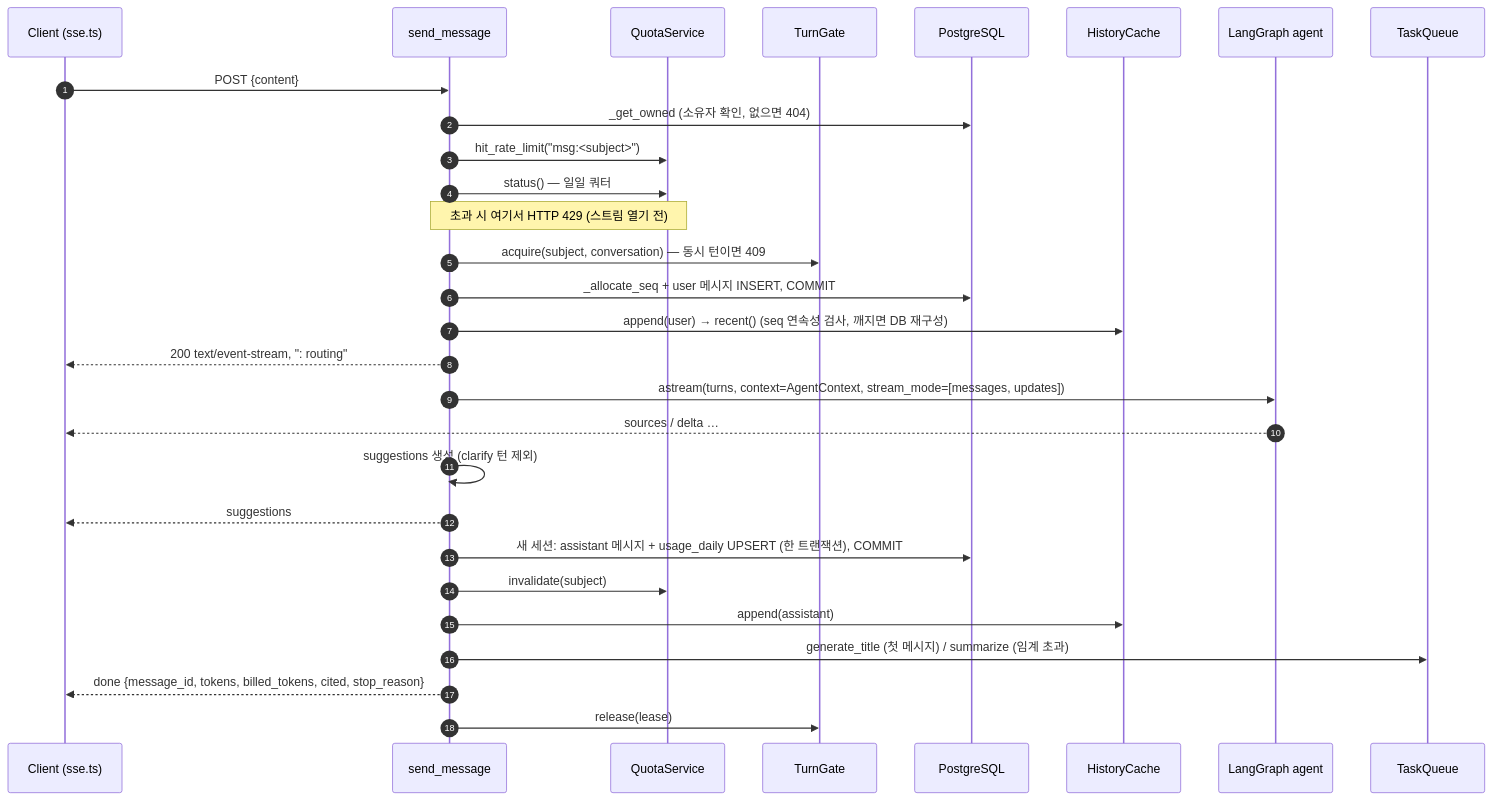
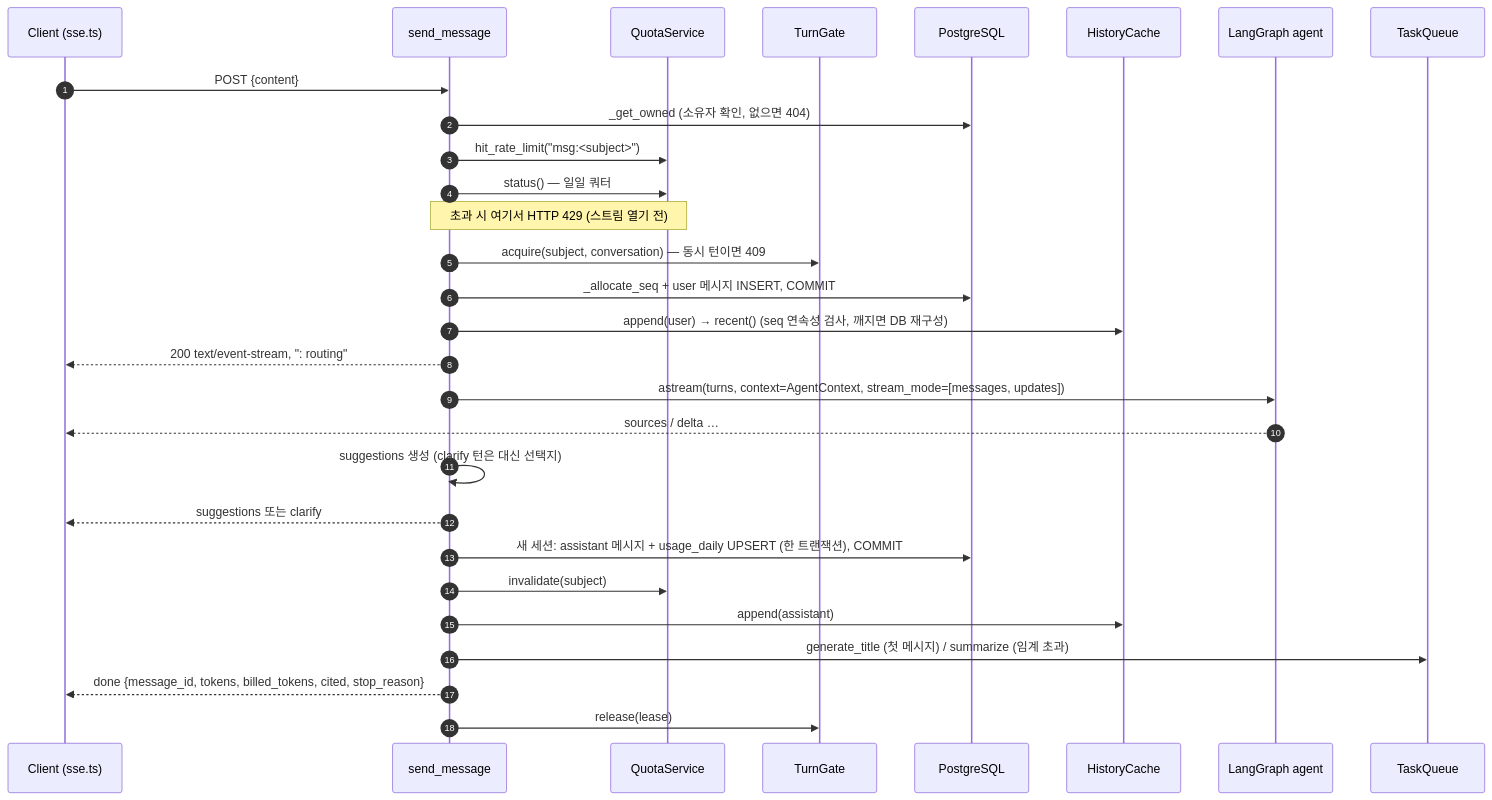
The third of 8 diagrams in ARCHITECTURE.md (Jake-tt/chatforge), drawn with Mermaid before and after one commit. The commit also changed other lines of this file and 9 other files, not shown here.

````diff
--- a/ARCHITECTURE.md
+++ b/ARCHITECTURE.md
@@ -186,32 +186,32 @@
 ```mermaid
 sequenceDiagram
   autonumber
   participant C as Client (sse.ts)
   participant R as send_message
   participant Q as QuotaService
   participant G as TurnGate
   participant DB as PostgreSQL
   participant H as HistoryCache
   participant A as LangGraph agent
   participant T as TaskQueue
 
   C->>R: POST {content}
   R->>DB: _get_owned (소유자 확인, 없으면 404)
   R->>Q: hit_rate_limit("msg:<subject>")
   R->>Q: status() — 일일 쿼터
   Note over R,Q: 초과 시 여기서 HTTP 429 (스트림 열기 전)
   R->>G: acquire(subject, conversation) — 동시 턴이면 409
   R->>DB: _allocate_seq + user 메시지 INSERT, COMMIT
   R->>H: append(user) → recent() (seq 연속성 검사, 깨지면 DB 재구성)
   R-->>C: 200 text/event-stream, ": routing"
   R->>A: astream(turns, context=AgentContext, stream_mode=[messages, updates])
   A-->>C: sources / delta …
-  R->>R: suggestions 생성 (clarify 턴 제외)
-  R-->>C: suggestions
+  R->>R: suggestions 생성 (clarify 턴은 대신 선택지)
+  R-->>C: suggestions 또는 clarify
   R->>DB: 새 세션: assistant 메시지 + usage_daily UPSERT (한 트랜잭션), COMMIT
   R->>Q: invalidate(subject)
   R->>H: append(assistant)
   R->>T: generate_title (첫 메시지) / summarize (임계 초과)
   R-->>C: done {message_id, tokens, billed_tokens, cited, stop_reason}
   R->>G: release(lease)
 ```
````
